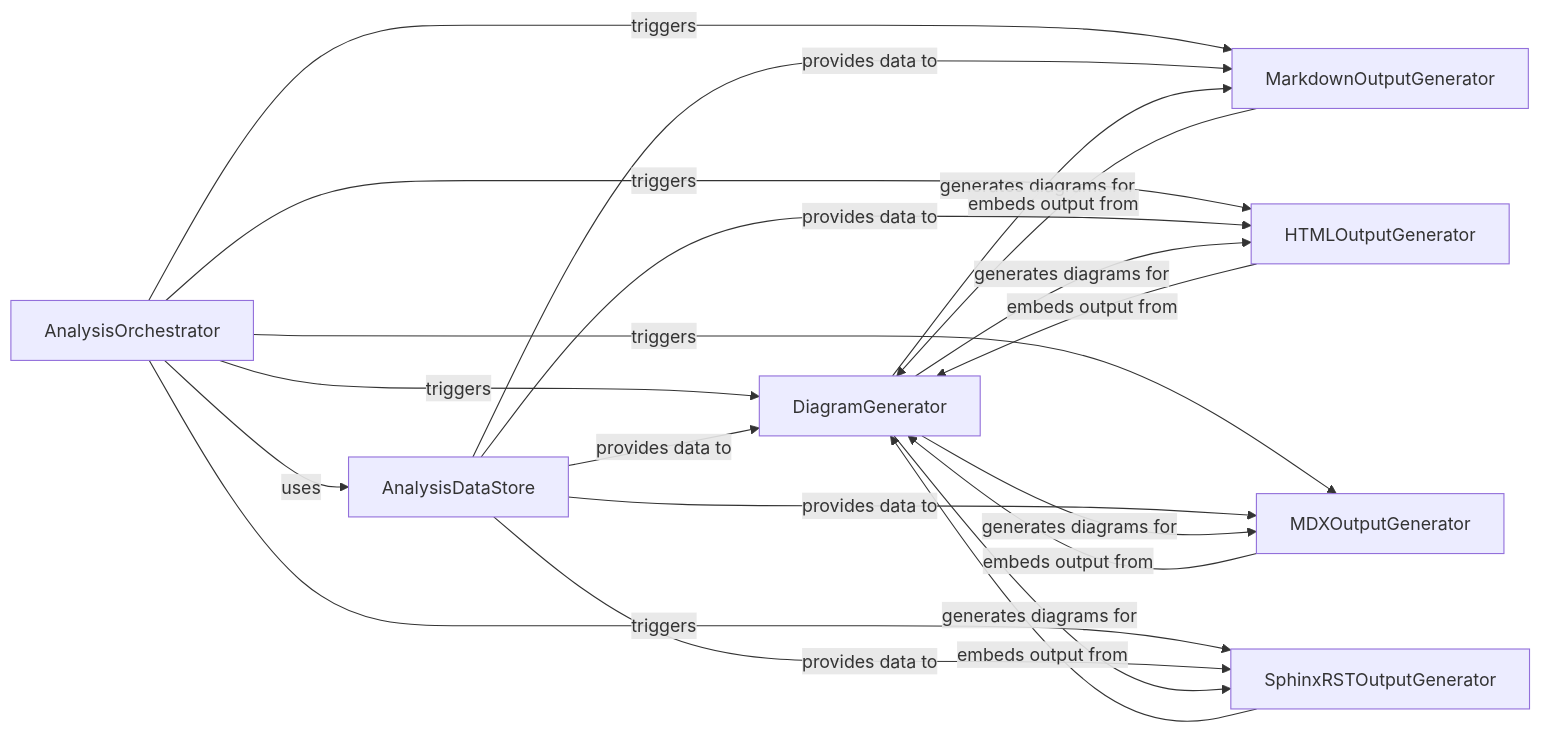
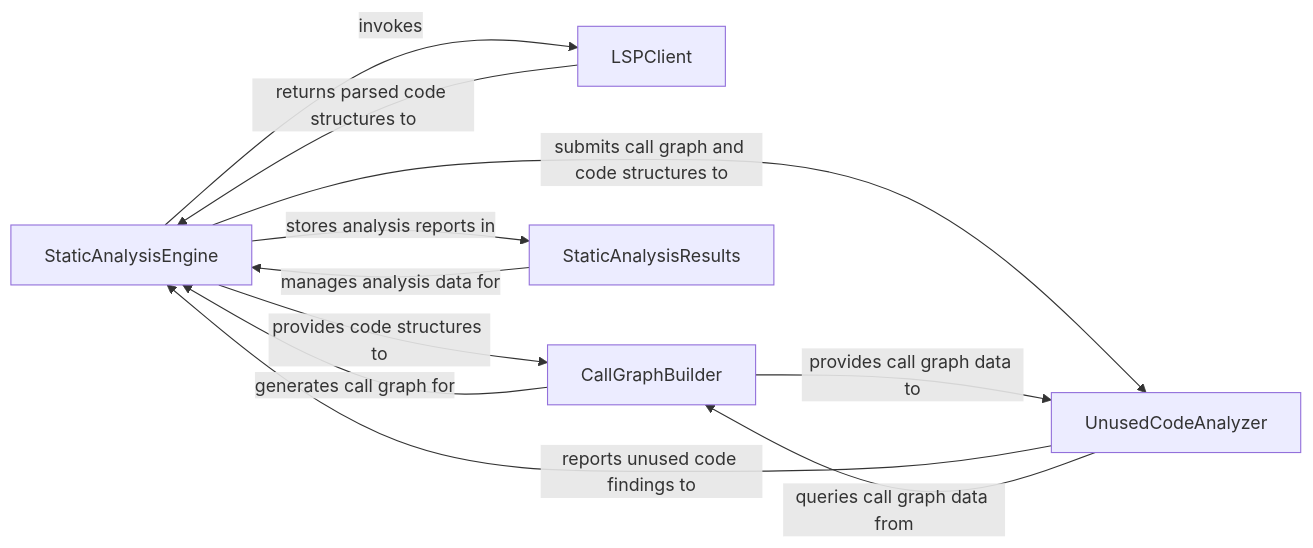
One commit to CodeBoarding/CodeBoarding changed diagram 33 of 35 in docs/development/architecture.md. Above: the diagram before and after it, drawn with Mermaid. The commit also changed other lines of this file and 52 other files, not shown here.

````diff
--- a/docs/development/architecture.md
+++ b/docs/development/architecture.md
@@ -450,29 +2260,23 @@
 ```mermaid
 graph LR
-    AnalysisOrchestrator["AnalysisOrchestrator"]
-    AnalysisDataStore["AnalysisDataStore"]
-    DiagramGenerator["DiagramGenerator"]
-    MarkdownOutputGenerator["MarkdownOutputGenerator"]
-    HTMLOutputGenerator["HTMLOutputGenerator"]
-    MDXOutputGenerator["MDXOutputGenerator"]
-    SphinxRSTOutputGenerator["SphinxRSTOutputGenerator"]
-    AnalysisOrchestrator -- "uses" --> AnalysisDataStore
-    AnalysisOrchestrator -- "triggers" --> DiagramGenerator
-    AnalysisOrchestrator -- "triggers" --> MarkdownOutputGenerator
-    AnalysisOrchestrator -- "triggers" --> HTMLOutputGenerator
-    AnalysisOrchestrator -- "triggers" --> MDXOutputGenerator
-    AnalysisOrchestrator -- "triggers" --> SphinxRSTOutputGenerator
-    AnalysisDataStore -- "provides data to" --> DiagramGenerator
-    AnalysisDataStore -- "provides data to" --> MarkdownOutputGenerator
-    AnalysisDataStore -- "provides data to" --> HTMLOutputGenerator
-    AnalysisDataStore -- "provides data to" --> MDXOutputGenerator
-    AnalysisDataStore -- "provides data to" --> SphinxRSTOutputGenerator
-    DiagramGenerator -- "generates diagrams for" --> MarkdownOutputGenerator
-    DiagramGenerator -- "generates diagrams for" --> HTMLOutputGenerator
-    DiagramGenerator -- "generates diagrams for" --> MDXOutputGenerator
-    DiagramGenerator -- "generates diagrams for" --> SphinxRSTOutputGenerator
-    MarkdownOutputGenerator -- "embeds output from" --> DiagramGenerator
-    HTMLOutputGenerator -- "embeds output from" --> DiagramGenerator
-    MDXOutputGenerator -- "embeds output from" --> DiagramGenerator
-    SphinxRSTOutputGenerator -- "embeds output from" --> DiagramGenerator
+    StaticAnalysisEngine["StaticAnalysisEngine"]
+    LSPClient["LSPClient"]
+    CallGraphBuilder["CallGraphBuilder"]
+    UnusedCodeAnalyzer["UnusedCodeAnalyzer"]
+    StaticAnalysisResults["StaticAnalysisResults"]
+    StaticAnalysisEngine -- "invokes" --> LSPClient
+    LSPClient -- "returns parsed code structures to" --> StaticAnalysisEngine
+    StaticAnalysisEngine -- "provides code structures to" --> CallGraphBuilder
+    CallGraphBuilder -- "generates call graph for" --> StaticAnalysisEngine
+    StaticAnalysisEngine -- "submits call graph and code structures to" --> UnusedCodeAnalyzer
+    UnusedCodeAnalyzer -- "reports unused code findings to" --> StaticAnalysisEngine
+    StaticAnalysisEngine -- "stores analysis reports in" --> StaticAnalysisResults
+    StaticAnalysisResults -- "manages analysis data for" --> StaticAnalysisEngine
+    UnusedCodeAnalyzer -- "queries call graph data from" --> CallGraphBuilder
+    CallGraphBuilder -- "provides call graph data to" --> UnusedCodeAnalyzer
+    click StaticAnalysisEngine href "https://github.com/CodeBoarding/CodeBoarding/blob/main/.codeboarding/StaticAnalysisEngine.md" "Details"
+    click LSPClient href "https://github.com/CodeBoarding/CodeBoarding/blob/main/.codeboarding/LSPClient.md" "Details"
+    click CallGraphBuilder href "https://github.com/CodeBoarding/CodeBoarding/blob/main/.codeboarding/CallGraphBuilder.md" "Details"
+    click UnusedCodeAnalyzer href "https://github.com/CodeBoarding/CodeBoarding/blob/main/.codeboarding/UnusedCodeAnalyzer.md" "Details"
+    click StaticAnalysisResults href "https://github.com/CodeBoarding/CodeBoarding/blob/main/.codeboarding/StaticAnalysisResults.md" "Details"
 ```
````
